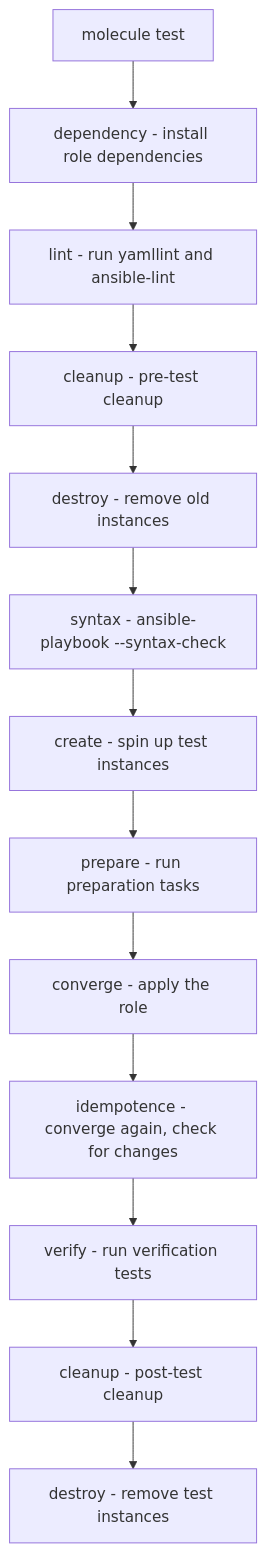
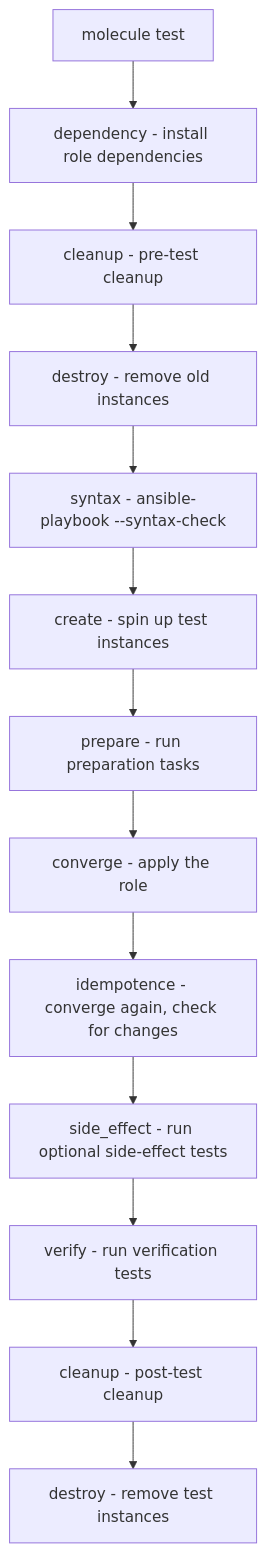
Before and after one commit to OneUptime/blog: the diagram in posts/2026-02-21-how-to-test-ansible-roles-in-isolation/README.md, drawn with Mermaid. The commit also changed other lines of this file and 2 other files, not shown here.

Commit message:
validate: 2026-02-21-how-to-test-ansible-roles-in-isolation

````diff
--- a/posts/2026-02-21-how-to-test-ansible-roles-in-isolation/README.md
+++ b/posts/2026-02-21-how-to-test-ansible-roles-in-isolation/README.md
@@ -230,15 +233,15 @@
 ```mermaid
 flowchart TD
     A[molecule test] --> B[dependency - install role dependencies]
-    B --> C[lint - run yamllint and ansible-lint]
-    C --> D[cleanup - pre-test cleanup]
-    D --> E[destroy - remove old instances]
-    E --> F[syntax - ansible-playbook --syntax-check]
-    F --> G[create - spin up test instances]
-    G --> H[prepare - run preparation tasks]
-    H --> I[converge - apply the role]
-    I --> J[idempotence - converge again, check for changes]
+    B --> C[cleanup - pre-test cleanup]
+    C --> D[destroy - remove old instances]
+    D --> E[syntax - ansible-playbook --syntax-check]
+    E --> F[create - spin up test instances]
+    F --> G[prepare - run preparation tasks]
+    G --> H[converge - apply the role]
+    H --> I[idempotence - converge again, check for changes]
+    I --> J[side_effect - run optional side-effect tests]
     J --> K[verify - run verification tests]
     K --> L[cleanup - post-test cleanup]
     L --> M[destroy - remove test instances]
 ```
````
